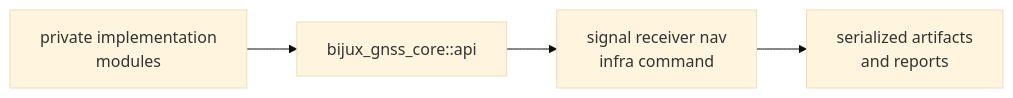
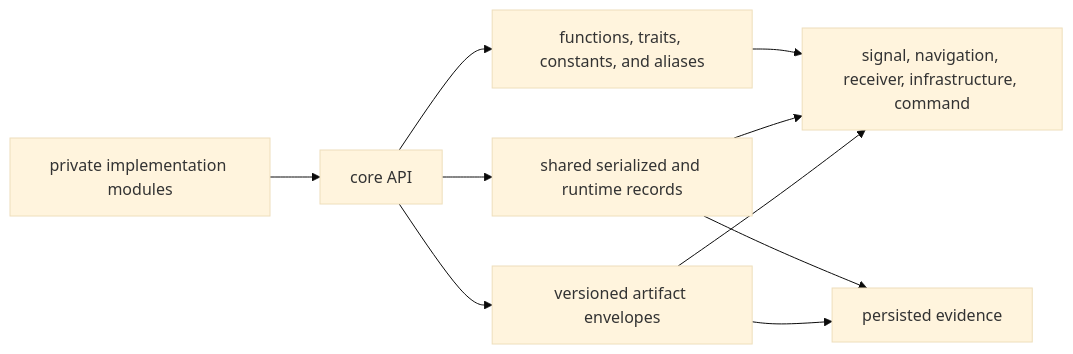
Before and after one commit to bijux/bijux-telecom: the first of 2 diagrams in docs/02-bijux-gnss-core/interfaces/api-surface.md, drawn with Mermaid (base theme). The commit also changed other lines of this file, not shown here.

Commit message:
docs(core): classify public compatibility obligations

````diff
--- a/docs/02-bijux-gnss-core/interfaces/api-surface.md
+++ b/docs/02-bijux-gnss-core/interfaces/api-surface.md
@@ -18,9 +19,20 @@
 ```mermaid
 flowchart LR
-    modules["private implementation<br/>modules"]
-    api["bijux_gnss_core::api"]
-    downstream["signal receiver nav<br/>infra command"]
-    artifacts["serialized artifacts<br/>and reports"]
+    private["private implementation modules"]
+    api["core API"]
+    artifact["versioned artifact envelopes"]
+    record["shared serialized and runtime records"]
+    helper["functions, traits, constants, and aliases"]
+    consumers["signal, navigation, receiver, infrastructure, command"]
+    persisted["persisted evidence"]
 
-    modules --> api --> downstream --> artifacts
+    private --> api
+    api --> artifact
+    api --> record
+    api --> helper
+    artifact --> consumers
+    record --> consumers
+    helper --> consumers
+    artifact --> persisted
+    record --> persisted
 ```
````
